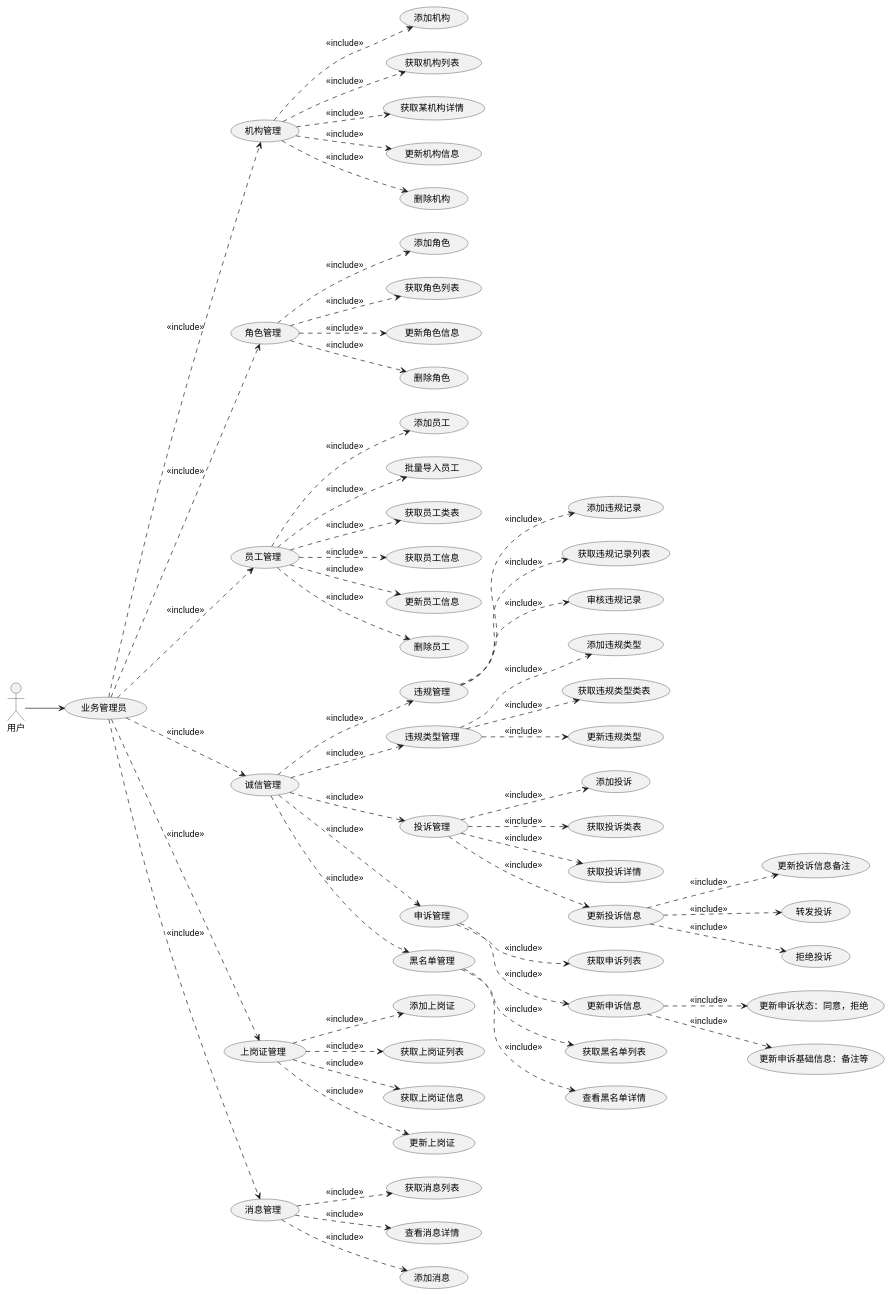
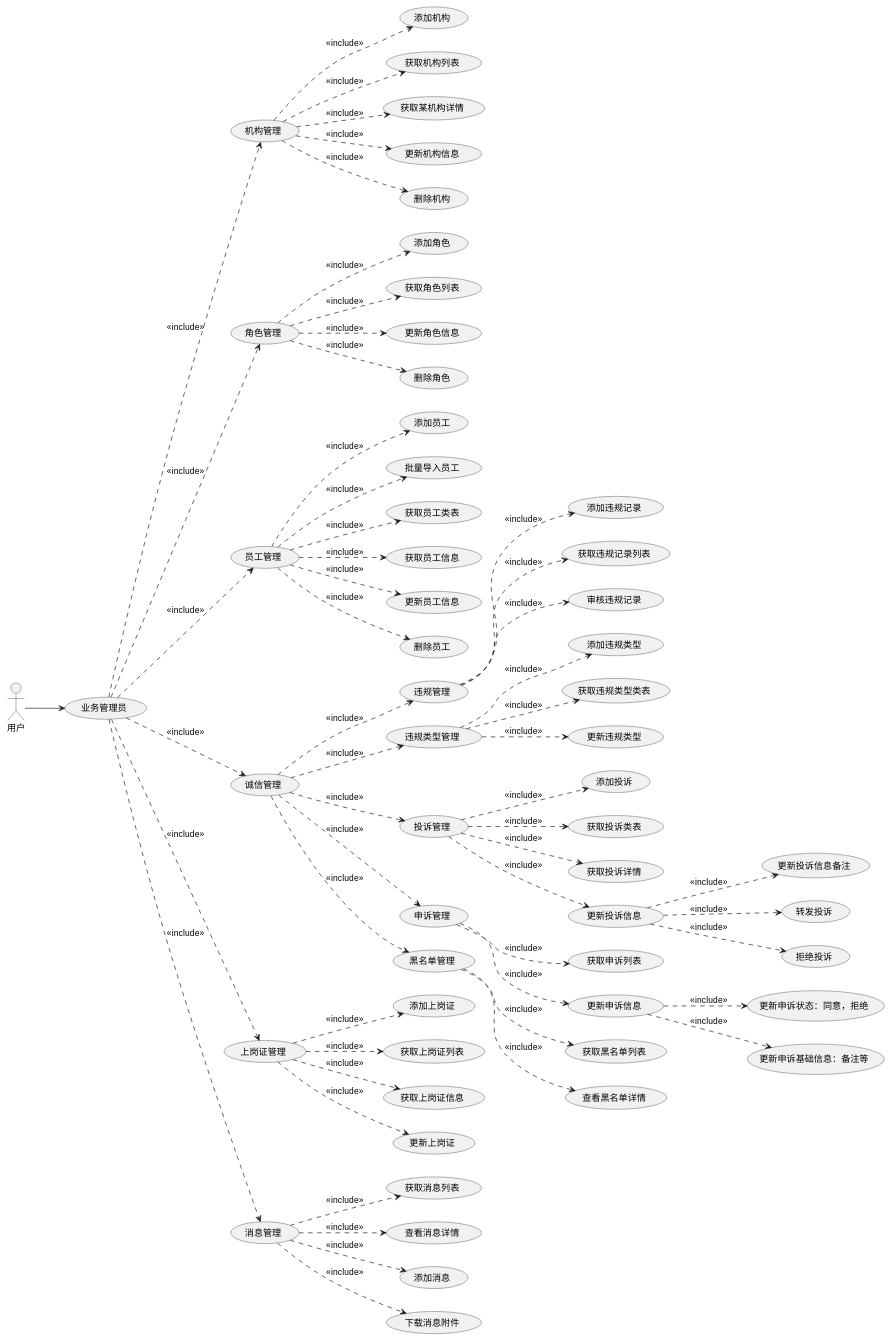
Before and after one commit to evildoerX/hyperledger-credit: the diagram in docs/credit/README.md, drawn with PlantUML.

```diff
--- a/docs/credit/README.md
+++ b/docs/credit/README.md
@@ -13,56 +13,57 @@
 @startuml
 left to right direction
 用户 --> (业务管理员)
 (业务管理员) ..> (机构管理): <<include>>
 (机构管理) ..> (添加机构): <<include>>
 (机构管理) ..> (获取机构列表): <<include>>
 (机构管理) ..> (获取某机构详情): <<include>>
 (机构管理) ..> (更新机构信息): <<include>>
 (机构管理) ..> (删除机构): <<include>>
 (业务管理员) ..> (角色管理): <<include>>
 (角色管理) ..> (添加角色): <<include>>
 (角色管理) ..> (获取角色列表): <<include>>
 (角色管理) ..> (更新角色信息): <<include>>
 (角色管理) ..> (删除角色): <<include>>
 (业务管理员) ..> (员工管理): <<include>>
 (员工管理) ..> (添加员工): <<include>>
 (员工管理) ..> (批量导入员工): <<include>>
 (员工管理) ..> (获取员工类表): <<include>>
 (员工管理) ..> (获取员工信息): <<include>>
 (员工管理) ..> (更新员工信息): <<include>>
 (员工管理) ..> (删除员工): <<include>>
 (业务管理员) ..> (诚信管理): <<include>>
 (诚信管理) ..> (违规管理): <<include>>
 (违规管理) ..> (添加违规记录): <<include>>
 (违规管理) ..> (获取违规记录列表): <<include>>
 (违规管理) ..> (审核违规记录): <<include>>
 (诚信管理) ..> (违规类型管理): <<include>>
 (违规类型管理) ..> (添加违规类型): <<include>>
 (违规类型管理) ..> (获取违规类型类表): <<include>>
 (违规类型管理) ..> (更新违规类型): <<include>>
 (诚信管理) ..> (投诉管理): <<include>>
 (投诉管理) ..> (添加投诉): <<include>>
 (投诉管理) ..> (获取投诉类表): <<include>>
 (投诉管理) ..> (获取投诉详情): <<include>>
 (投诉管理) ..> (更新投诉信息): <<include>>
 (更新投诉信息) ..> (更新投诉信息备注): <<include>>
 (更新投诉信息) ..> (转发投诉): <<include>>
 (更新投诉信息) ..> (拒绝投诉): <<include>>
 (诚信管理) ..> (申诉管理): <<include>>
 (申诉管理) ..> (获取申诉列表): <<include>>
 (申诉管理) ..> (更新申诉信息): <<include>>
 (更新申诉信息) ..> (更新申诉状态：同意，拒绝): <<include>>
 (更新申诉信息) ..> (更新申诉基础信息：备注等): <<include>>
 (诚信管理) ..> (黑名单管理): <<include>>
 (黑名单管理) ..> (获取黑名单列表): <<include>>
 (黑名单管理) ..> (查看黑名单详情): <<include>>
 (业务管理员) ..> (上岗证管理): <<include>>
 (上岗证管理) ..> (添加上岗证): <<include>>
 (上岗证管理) ..> (获取上岗证列表): <<include>>
 (上岗证管理) ..> (获取上岗证信息): <<include>>
 (上岗证管理) ..> (更新上岗证): <<include>>
 (业务管理员) ..> (消息管理): <<include>>
 (消息管理) ..> (获取消息列表): <<include>>
 (消息管理) ..> (查看消息详情): <<include>>
 (消息管理) ..> (添加消息): <<include>>
+(消息管理) ..> (下载消息附件): <<include>>
 @enduml
```
